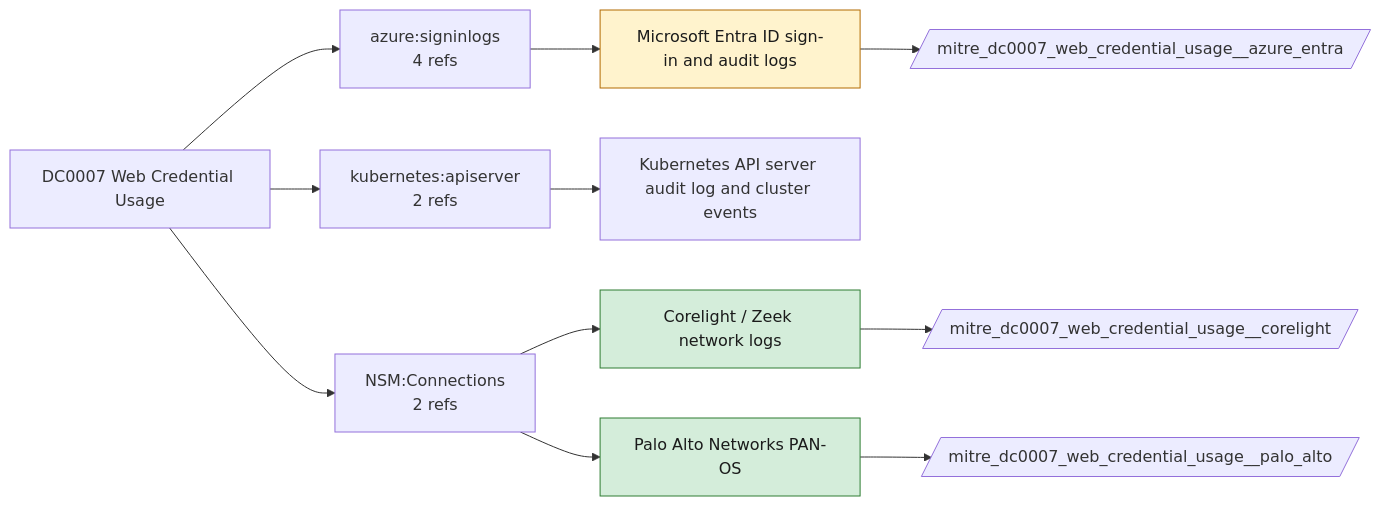
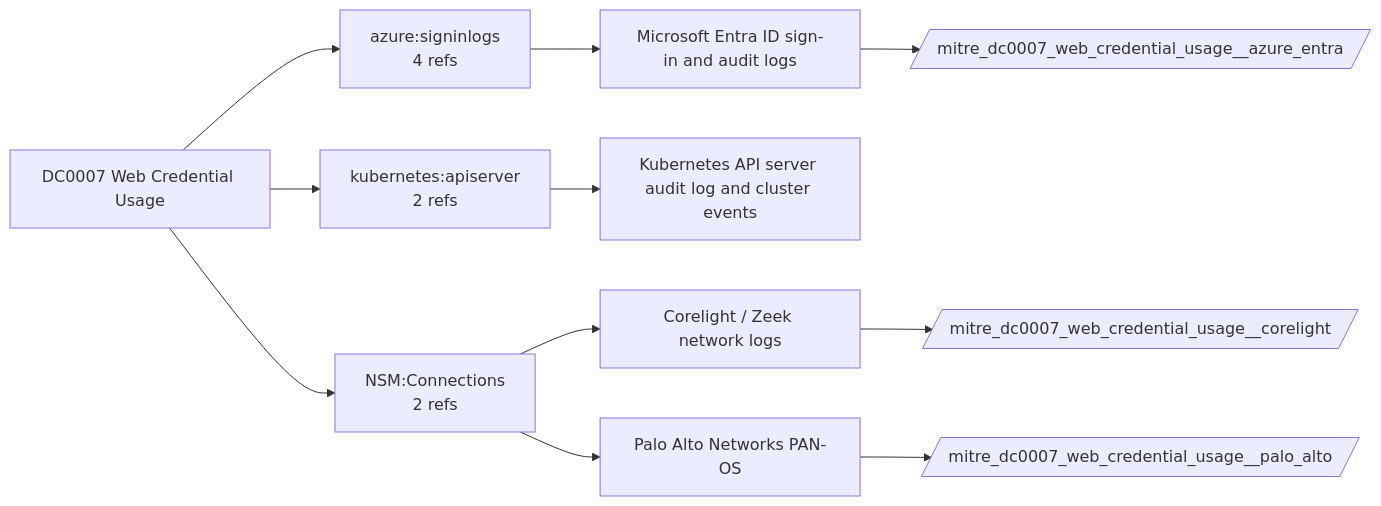
One commit to dev-nobytes-io/mitre-defensive-mappings-spl changed the diagram in docs/data-components/DC0007-web-credential-usage.md. Above: the diagram before and after it, drawn with Mermaid. The commit also changed other lines of this file and 366 other files, not shown here.

````diff
--- a/docs/data-components/DC0007-web-credential-usage.md
+++ b/docs/data-components/DC0007-web-credential-usage.md
@@ -19,23 +19,18 @@
 ```mermaid
 flowchart LR
   DC["DC0007 Web Credential Usage"]
   DC --> LS0["azure:signinlogs<br/>4 refs"]
   F_azure_entra["Microsoft Entra ID sign-in and audit logs"]
   LS0 --> F_azure_entra
   DC --> LS1["kubernetes:apiserver<br/>2 refs"]
   F_kubernetes_audit["Kubernetes API server audit log and cluster events"]
   LS1 --> F_kubernetes_audit
   DC --> LS2["NSM:Connections<br/>2 refs"]
   F_corelight["Corelight / Zeek network logs"]
   LS2 --> F_corelight
   F_palo_alto["Palo Alto Networks PAN-OS"]
   LS2 --> F_palo_alto
+  F_azure_entra --> ET_azure_entra[/"mitre_dc0007_web_credential_usage__azure_entra"/]
   F_corelight --> ET_corelight[/"mitre_dc0007_web_credential_usage__corelight"/]
-  class F_corelight live
   F_palo_alto --> ET_palo_alto[/"mitre_dc0007_web_credential_usage__palo_alto"/]
-  class F_palo_alto live
-  F_azure_entra --> ET_azure_entra[/"mitre_dc0007_web_credential_usage__azure_entra"/]
-  class F_azure_entra ready
-  classDef live fill:#d4edda,stroke:#2e7d32,color:#1b1b1b
-  classDef ready fill:#fff3cd,stroke:#b26a00,color:#1b1b1b
 ```
````
